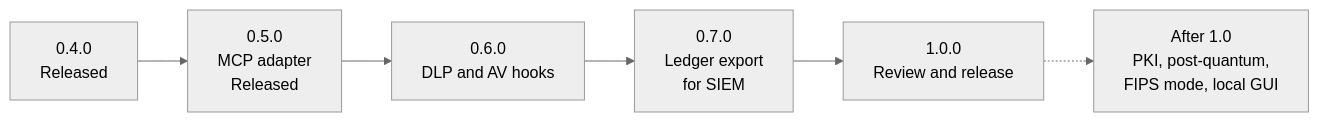
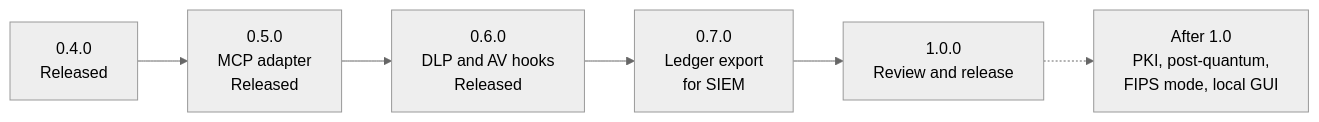
The fourth of 4 diagrams in README.md (Insomniac-VibeLabs/two-key), drawn with Mermaid (neutral theme) before and after one commit. The commit also changed other lines of this file and 16 other files, not shown here.

````diff
--- a/README.md
+++ b/README.md
@@ -544,8 +544,8 @@
 ```mermaid
 flowchart LR
   r04["0.4.0<br/>Released"] --> r05["0.5.0<br/>MCP adapter<br/>Released"]
-  r05 --> r06["0.6.0<br/>DLP and AV hooks"]
+  r05 --> r06["0.6.0<br/>DLP and AV hooks<br/>Released"]
   r06 --> r07["0.7.0<br/>Ledger export<br/>for SIEM"]
   r07 --> r10["1.0.0<br/>Review and release"]
   r10 -.-> after["After 1.0<br/>PKI, post-quantum,<br/>FIPS mode, local GUI"]
 ```
````
